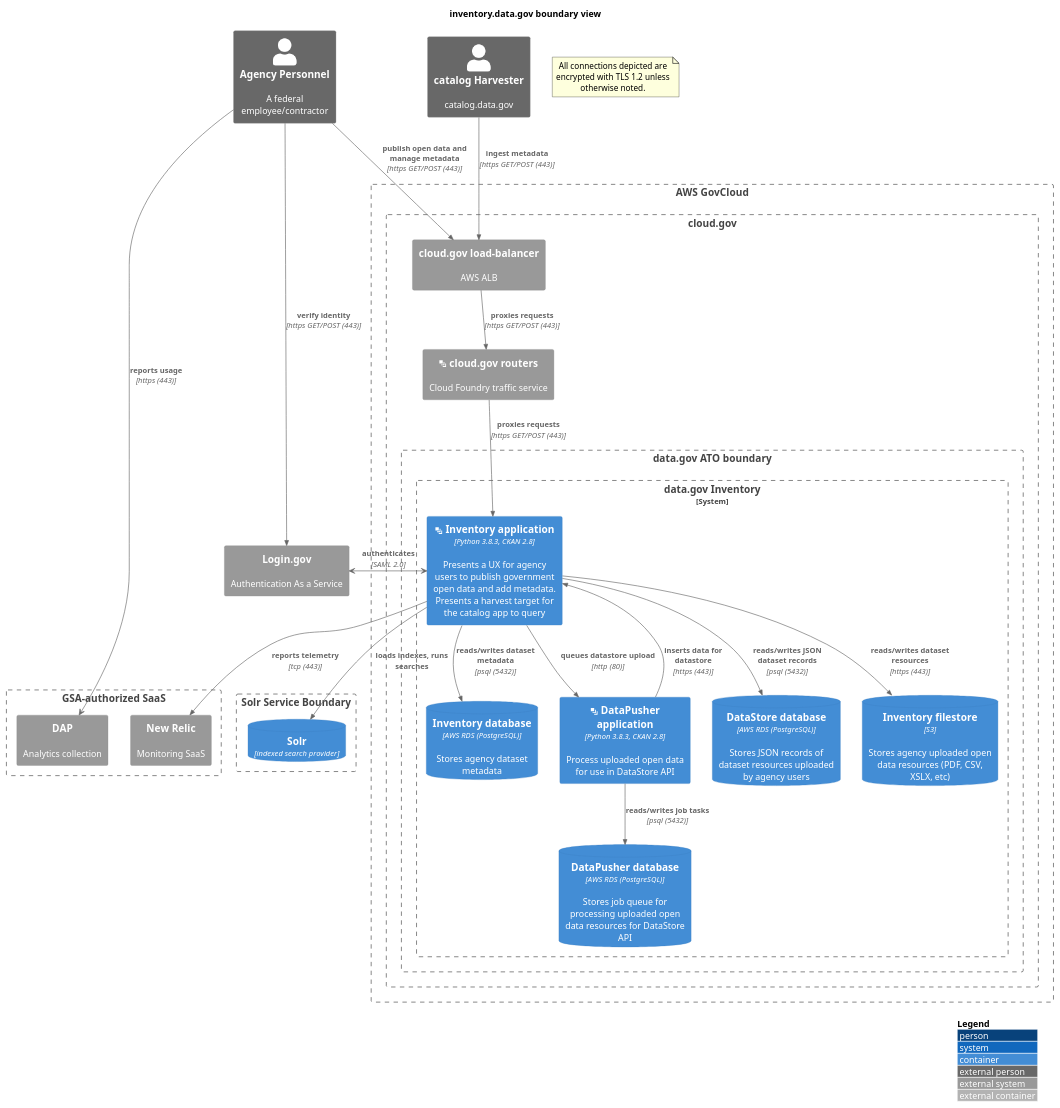
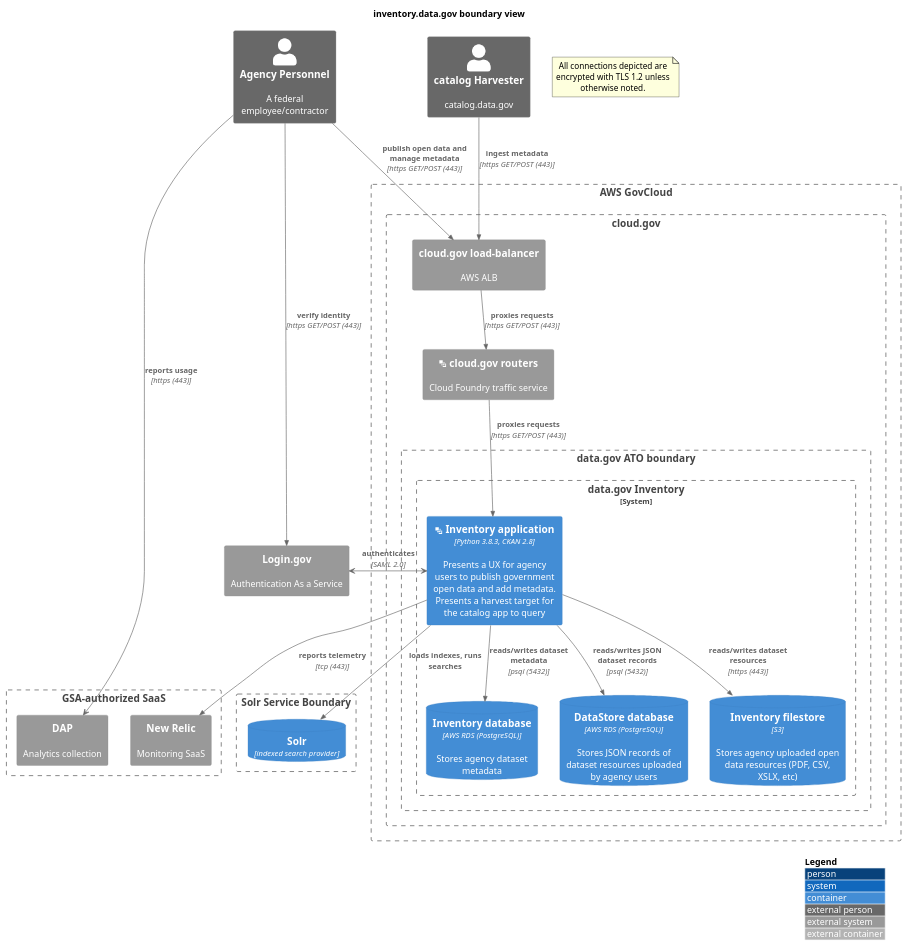
Before and after one commit to GSA/datagov-compliance: the diagram in apps/inventory.boundary.md, drawn with PlantUML. The commit also changed 1 other file, not shown here.

Commit message:
Remove Datapusher and the associated database

````diff
--- a/apps/inventory.boundary.md
+++ b/apps/inventory.boundary.md
@@ -3,54 +3,49 @@
 ```plantuml
 @startuml
 !include https://raw.githubusercontent.com/plantuml-stdlib/C4-PlantUML/master/C4_Container.puml
 ' uncomment the following line and comment the first to use locally
 ' !include C4_Container.puml
 LAYOUT_WITH_LEGEND()
 title inventory.data.gov boundary view
 Person_Ext(personnel, "Agency Personnel", "A federal employee/contractor")
 Person_Ext(harvester, "catalog Harvester", "catalog.data.gov")
 note as EncryptionNote
 All connections depicted are encrypted with TLS 1.2 unless otherwise noted.
 end note
 Boundary(aws, "AWS GovCloud") {
     Boundary(cloudgov, "cloud.gov") {
         System_Ext(aws_alb, "cloud.gov load-balancer", "AWS ALB")
         System_Ext(cloudgov_router, "<&layers> cloud.gov routers", "Cloud Foundry traffic service")
         Boundary(atob, "data.gov ATO boundary") {
             System_Boundary(inventory, "data.gov Inventory") {
                 Container(inventory_app, "<&layers> Inventory application", "Python 3.8.3, CKAN 2.8", "Presents a UX for agency users to publish government open data and add metadata. Presents a harvest target for the catalog app to query")
-                Container(datapusher_app, "<&layers> DataPusher application", "Python 3.8.3, CKAN 2.8", "Process uploaded open data for use in DataStore API")
-                ContainerDb(datapusher_db, "DataPusher database", "AWS RDS (PostgreSQL)", "Stores job queue for processing uploaded open data resources for DataStore API")
                 ContainerDb(inventory_db, "Inventory database", "AWS RDS (PostgreSQL)", "Stores agency dataset metadata")
                 ContainerDb(datastore_db, "DataStore database", "AWS RDS (PostgreSQL)", "Stores JSON records of dataset resources uploaded by agency users")
                 ContainerDb(inventory_s3, "Inventory filestore", "S3", "Stores agency uploaded open data resources (PDF, CSV, XSLX, etc)")
             }
         }
     }
 }
 System_Ext(Login.gov, "Login.gov", "Authentication As a Service")
 Boundary(gsa_saas, "GSA-authorized SaaS") {
     System_Ext(dap, "DAP", "Analytics collection")
     System_Ext(newrelic, "New Relic", "Monitoring SaaS")
 }
 personnel -> dap : **reports usage** \n//[https (443)]//
 Rel(inventory_app, newrelic, "reports telemetry", "tcp (443)")
-Rel(inventory_app, datapusher_app, "queues datastore upload", "http (80)")
-Rel(datapusher_app, inventory_app, "inserts data for datastore", "https (443)")
 Rel(personnel, aws_alb, "publish open data and manage metadata", "https GET/POST (443)")
 Rel(harvester, aws_alb, "ingest metadata", "https GET/POST (443)")
 Rel(aws_alb, cloudgov_router, "proxies requests", "https GET/POST (443)")
 Rel(cloudgov_router, inventory_app, "proxies requests", "https GET/POST (443)")
 inventory_app <-> Login.gov : **authenticates** \n//[SAML 2.0]//
 'Rel(inventory_app, Login.gov, "authenticates", "SAML 2.0")
 Rel(personnel, Login.gov, "verify identity", "https GET/POST (443)")
 Rel(inventory_app, inventory_db, "reads/writes dataset metadata", "psql (5432)")
 Rel(inventory_app, datastore_db, "reads/writes JSON dataset records", "psql (5432)")
 Rel(inventory_app, inventory_s3, "reads/writes dataset resources", "https (443)")
-Rel(datapusher_app, datapusher_db, "reads/writes job tasks", "psql (5432)")
 Boundary(solrb, "Solr Service Boundary") {
     ContainerDb(solr, "Solr", "indexed search provider")
 }
 Rel(inventory_app, solr, "loads indexes, runs searches")
 @enduml
 ```
````
